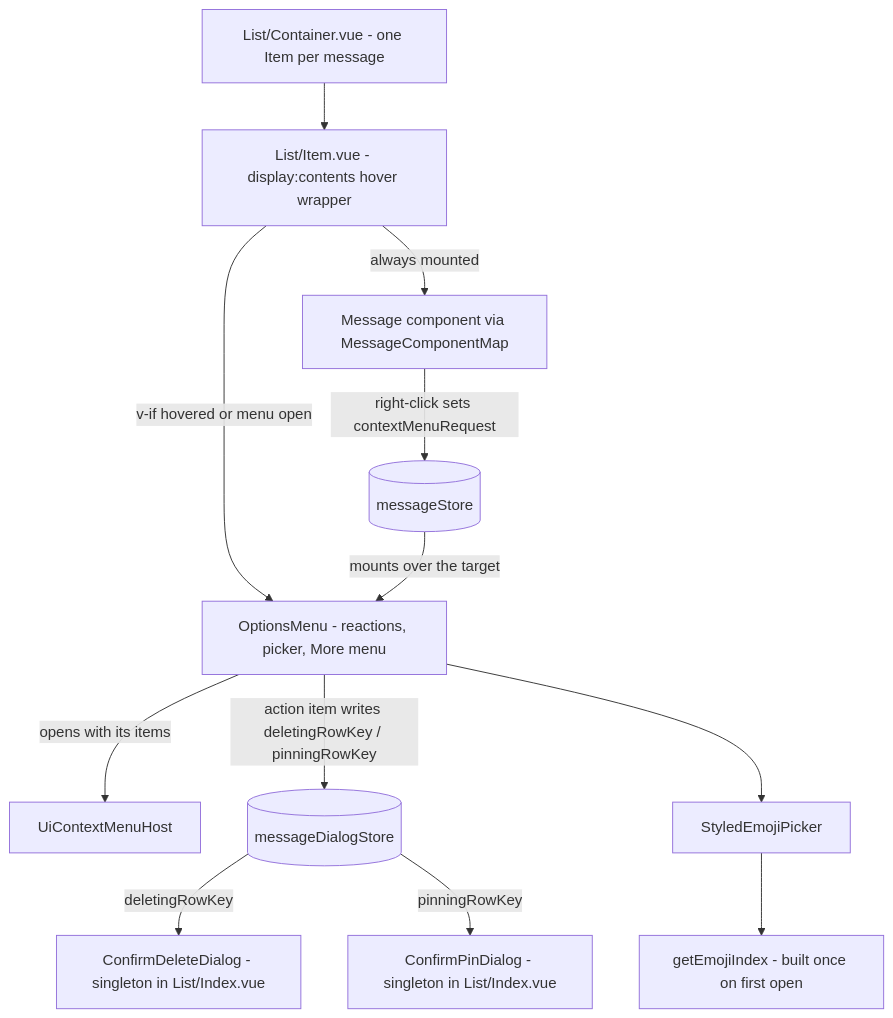
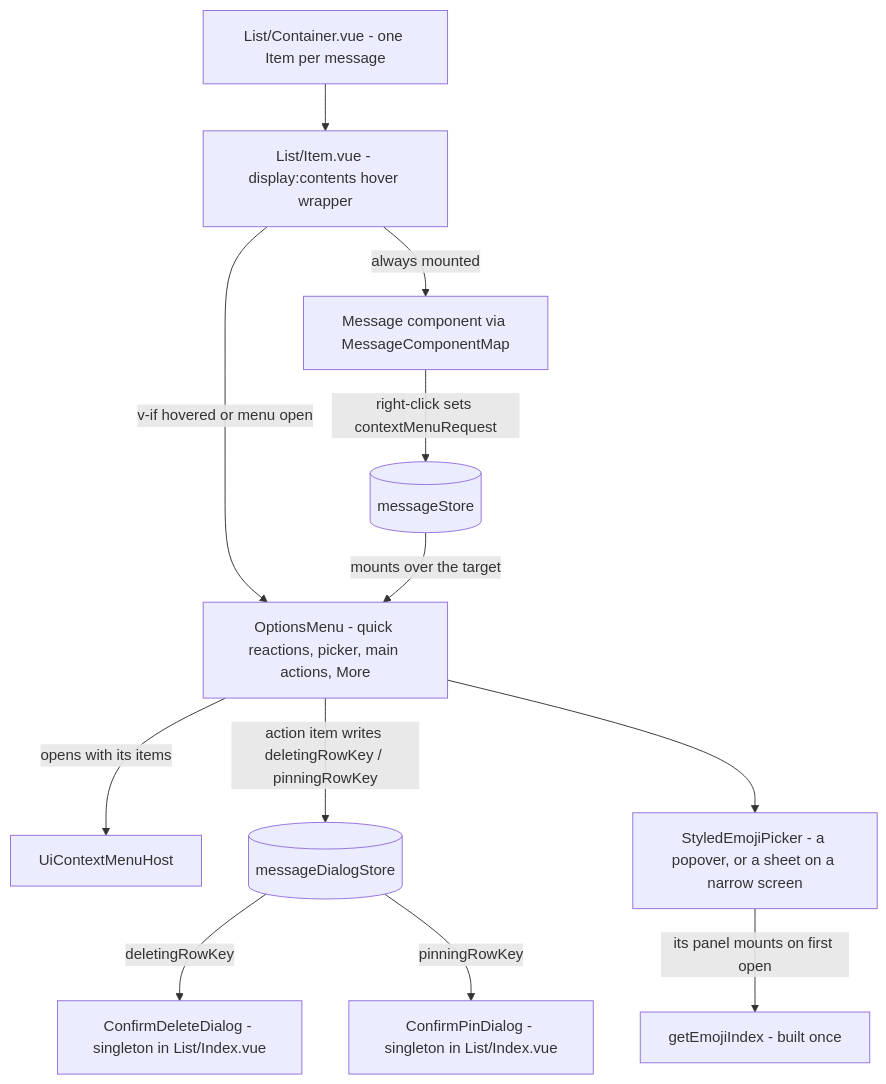
Before and after one commit to Esposter/Esposter: the first of 2 diagrams in apps/web/content/docs/esbabbler/message-list-rendering.md, drawn with Mermaid. The commit also changed other lines of this file and 11 other files, not shown here.

````diff
--- a/apps/web/content/docs/esbabbler/message-list-rendering.md
+++ b/apps/web/content/docs/esbabbler/message-list-rendering.md
@@ -18,14 +18,14 @@
 ```mermaid
 flowchart TD
     C[List/Container.vue - one Item per message] --> I[List/Item.vue - display:contents hover wrapper]
     I -->|always mounted| M[Message component via MessageComponentMap]
-    I -->|v-if hovered or menu open| O[OptionsMenu - reactions, picker, More menu]
+    I -->|v-if hovered or menu open| O[OptionsMenu - quick reactions, picker, main actions, More]
     M -->|right-click sets contextMenuRequest| S[(messageStore)]
     S -->|mounts over the target| O
     O -->|opens with its items| CM[UiContextMenuHost]
     O -->|action item writes deletingRowKey / pinningRowKey| DS[(messageDialogStore)]
     DS -->|deletingRowKey| D[ConfirmDeleteDialog - singleton in List/Index.vue]
     DS -->|pinningRowKey| P[ConfirmPinDialog - singleton in List/Index.vue]
-    O --> E[StyledEmojiPicker]
-    E --> X[getEmojiIndex - built once on first open]
+    O --> E[StyledEmojiPicker - a popover, or a sheet on a narrow screen]
+    E -->|its panel mounts on first open| X[getEmojiIndex - built once]
 ```
````
